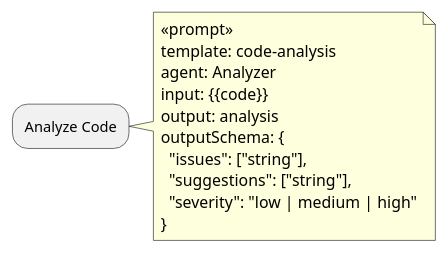
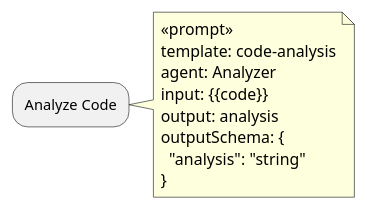
The third of 12 diagrams in docs/plantuml-workflow-schema.md (JuanToanXoup/copilot-api-minimal), drawn with PlantUML before and after one commit. The commit also changed other lines of this file, not shown here.

First line of the commit message:
Simplify outputSchema examples to match prompt output

````diff
--- a/docs/plantuml-workflow-schema.md
+++ b/docs/plantuml-workflow-schema.md
@@ -85,15 +85,13 @@
 ```plantuml
 :Analyze Code;
 note right
   <<prompt>>
   template: code-analysis
   agent: Analyzer
   input: {{code}}
   output: analysis
   outputSchema: {
-    "issues": ["string"],
-    "suggestions": ["string"],
-    "severity": "low | medium | high"
+    "analysis": "string"
   }
 end note
 ```
````
